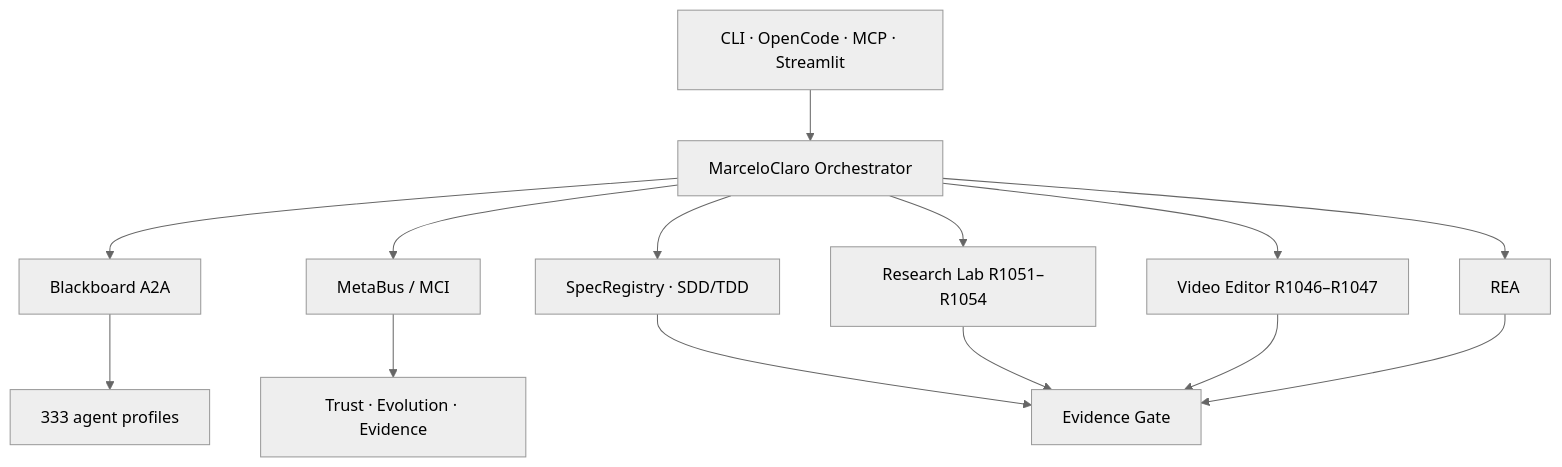
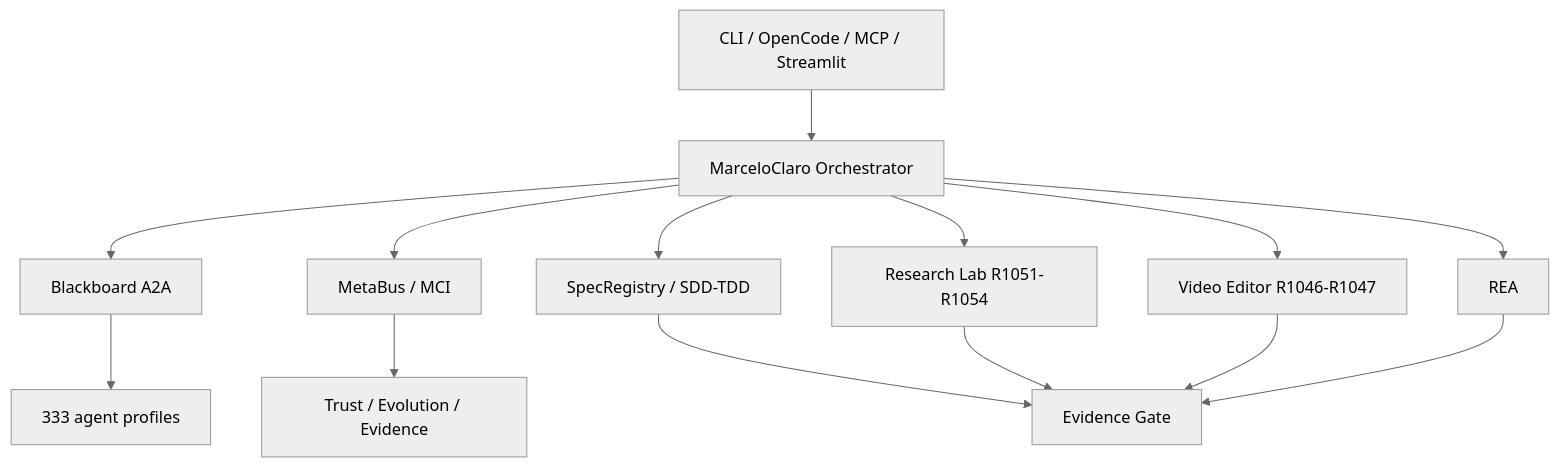
One commit to MarceloClaro/opencode-ecosystem-core changed the first of 29 diagrams in README.md. Above: the diagram before and after it, drawn with Mermaid (neutral theme). The commit also changed other lines of this file and 7 other files, not shown here.

First line of the commit message:
fix(docs): corrigir mapas Mermaid e limitar renderização no GitHub

````diff
--- a/README.md
+++ b/README.md
@@ -176,16 +176,16 @@
 ```mermaid
 flowchart TB
-    U["CLI · OpenCode · MCP · Streamlit"] --> O["MarceloClaro Orchestrator"]
+    U["CLI / OpenCode / MCP / Streamlit"] --> O["MarceloClaro Orchestrator"]
     O --> B["Blackboard A2A"]
     O --> M["MetaBus / MCI"]
-    O --> S["SpecRegistry · SDD/TDD"]
-    O --> R["Research Lab R1051–R1054"]
-    O --> V["Video Editor R1046–R1047"]
+    O --> S["SpecRegistry / SDD-TDD"]
+    O --> R["Research Lab R1051-R1054"]
+    O --> V["Video Editor R1046-R1047"]
     O --> E["REA"]
     B --> A["333 agent profiles"]
-    M --> G["Trust · Evolution · Evidence"]
+    M --> G["Trust / Evolution / Evidence"]
     S --> Gate["Evidence Gate"]
     R --> Gate
     V --> Gate
     E --> Gate
 ```
````
